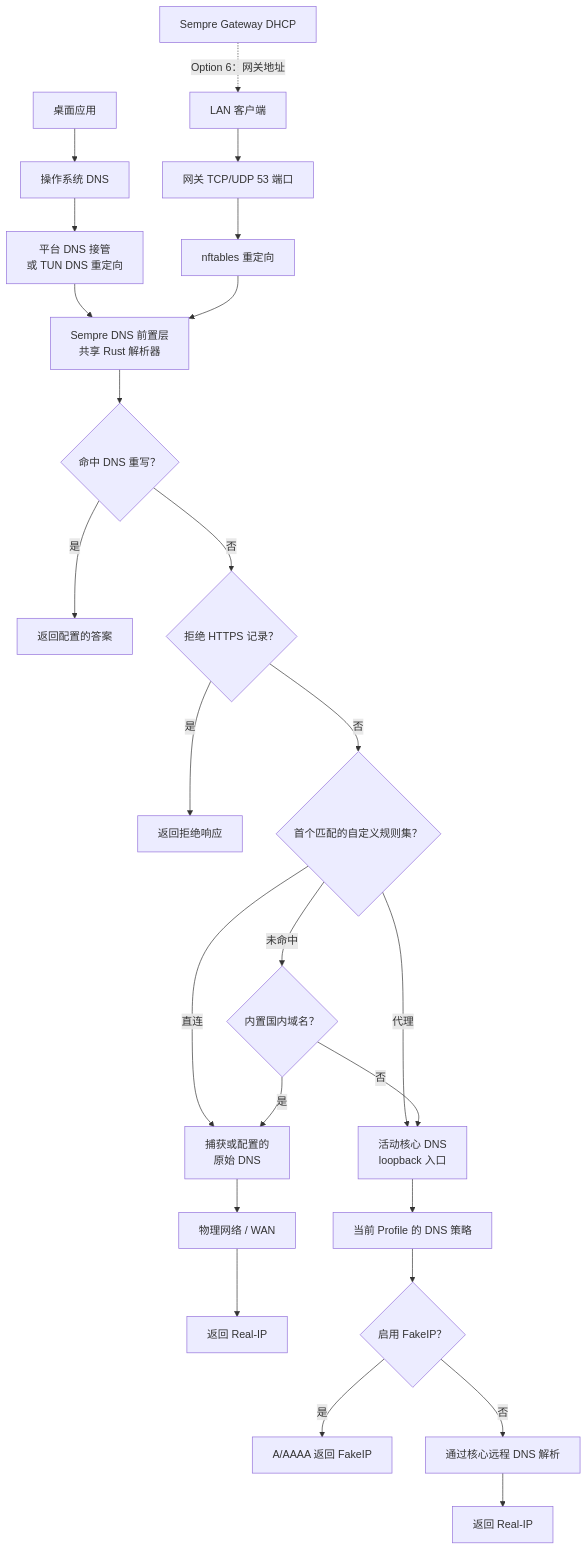
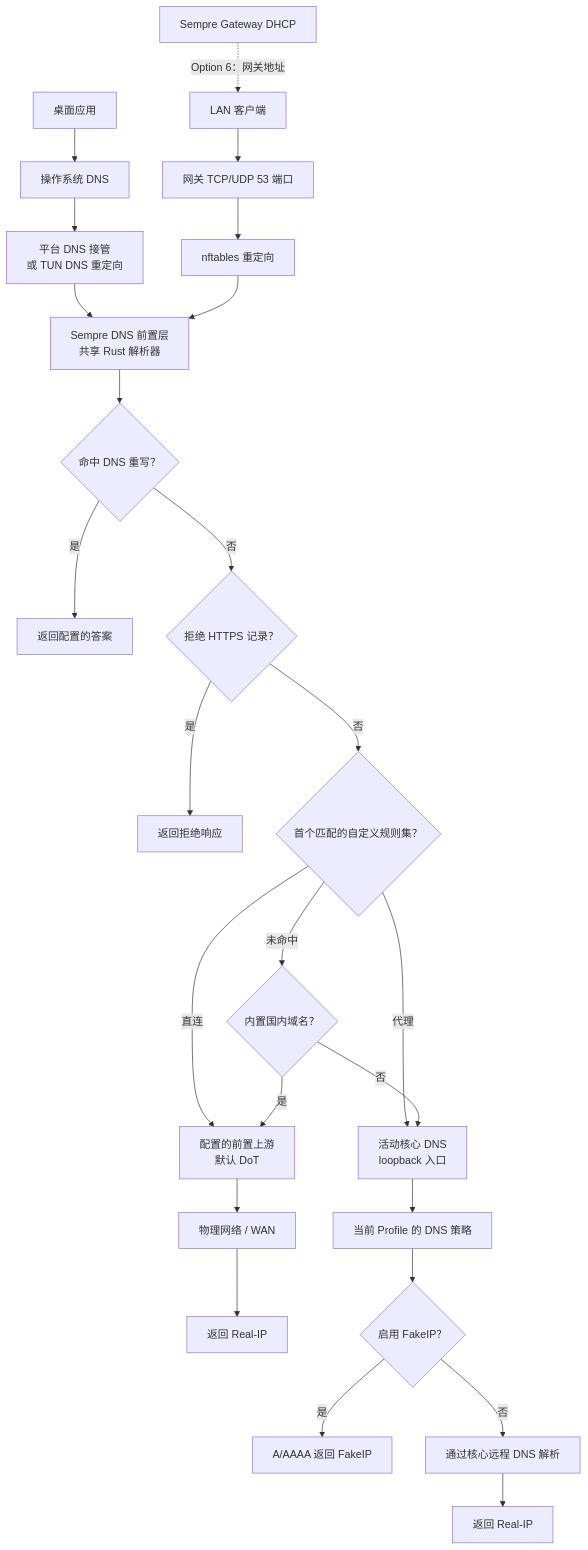
The second of 4 diagrams in README.zh-CN.md (tinymins/sempre), drawn with Mermaid before and after one commit. The commit also changed other lines of this file and 48 other files, not shown here.

````diff
--- a/README.zh-CN.md
+++ b/README.zh-CN.md
@@ -225,27 +225,27 @@
 ```mermaid
 flowchart TD
     dhcp["Sempre Gateway DHCP"] -. "Option 6：网关地址" .-> lan["LAN 客户端"]
     desktop["桌面应用"] --> system["操作系统 DNS"]
     lan --> gateway53["网关 TCP/UDP 53 端口"]
     system --> takeover["平台 DNS 接管<br/>或 TUN DNS 重定向"]
     gateway53 --> nft["nftables 重定向"]
     takeover --> frontend["Sempre DNS 前置层<br/>共享 Rust 解析器"]
     nft --> frontend
     frontend --> rewrite{"命中 DNS 重写？"}
     rewrite -- 是 --> rewritten["返回配置的答案"]
     rewrite -- 否 --> https{"拒绝 HTTPS 记录？"}
     https -- 是 --> rejected["返回拒绝响应"]
     https -- 否 --> custom{"首个匹配的自定义规则集？"}
-    custom -- 直连 --> original["捕获或配置的<br/>原始 DNS"]
+    custom -- 直连 --> original["配置的前置上游<br/>默认 DoT"]
     custom -- 代理 --> core["活动核心 DNS<br/>loopback 入口"]
     custom -- 未命中 --> domestic{"内置国内域名？"}
     domestic -- 是 --> original
     domestic -- 否 --> core
     original --> physical["物理网络 / WAN"]
     physical --> real["返回 Real-IP"]
     core --> profile["当前 Profile 的 DNS 策略"]
     profile --> mode{"启用 FakeIP？"}
     mode -- 是 --> fake["A/AAAA 返回 FakeIP"]
     mode -- 否 --> remote["通过核心远程 DNS 解析"]
     remote --> coreReal["返回 Real-IP"]
 ```
````
